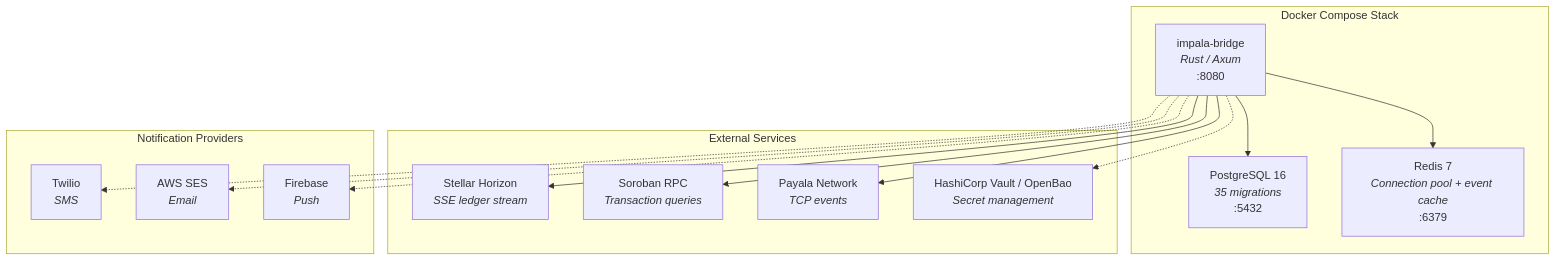
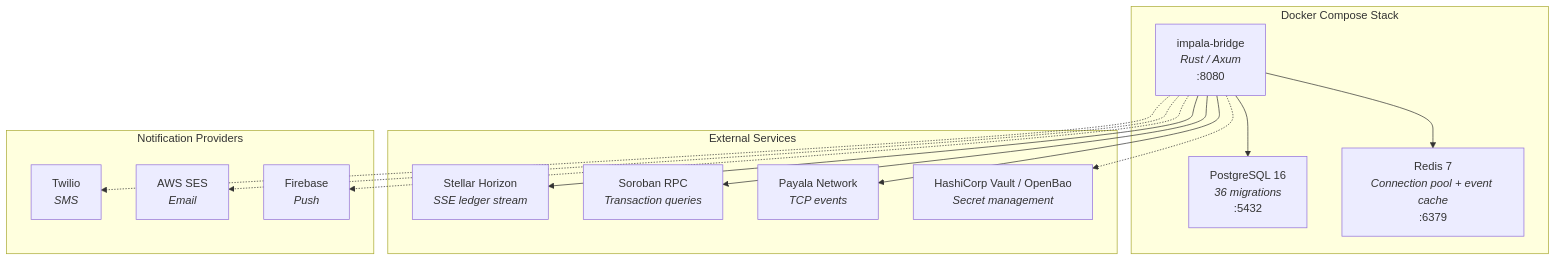
The tenth of 14 diagrams in ARCHITECTURE.md (Financial-Empowerment-Partners/impala), drawn with Mermaid before and after one commit. The commit also changed other lines of this file and 124 other files, not shown here.

````diff
--- a/ARCHITECTURE.md
+++ b/ARCHITECTURE.md
@@ -910,31 +910,31 @@
 ```mermaid
 graph TB
     subgraph DockerCompose["Docker Compose Stack"]
         BridgeContainer["impala-bridge<br/><i>Rust / Axum</i><br/>:8080"]
-        PGContainer["PostgreSQL 16<br/><i>35 migrations</i><br/>:5432"]
+        PGContainer["PostgreSQL 16<br/><i>36 migrations</i><br/>:5432"]
         RedisContainer["Redis 7<br/><i>Connection pool + event cache</i><br/>:6379"]
     end
 
     subgraph External["External Services"]
         Horizon["Stellar Horizon<br/><i>SSE ledger stream</i>"]
         SorobanRPC["Soroban RPC<br/><i>Transaction queries</i>"]
         PayalaTCP["Payala Network<br/><i>TCP events</i>"]
         VaultServer["HashiCorp Vault / OpenBao<br/><i>Secret management</i>"]
     end
 
     subgraph Notifications["Notification Providers"]
         Twilio["Twilio<br/><i>SMS</i>"]
         SES["AWS SES<br/><i>Email</i>"]
         FCMSvc["Firebase<br/><i>Push</i>"]
     end
 
     BridgeContainer --> PGContainer
     BridgeContainer --> RedisContainer
     BridgeContainer --> Horizon
     BridgeContainer --> SorobanRPC
     BridgeContainer --> PayalaTCP
     BridgeContainer -.-> VaultServer
     BridgeContainer -.-> Twilio
     BridgeContainer -.-> SES
     BridgeContainer -.-> FCMSvc
 ```
````
